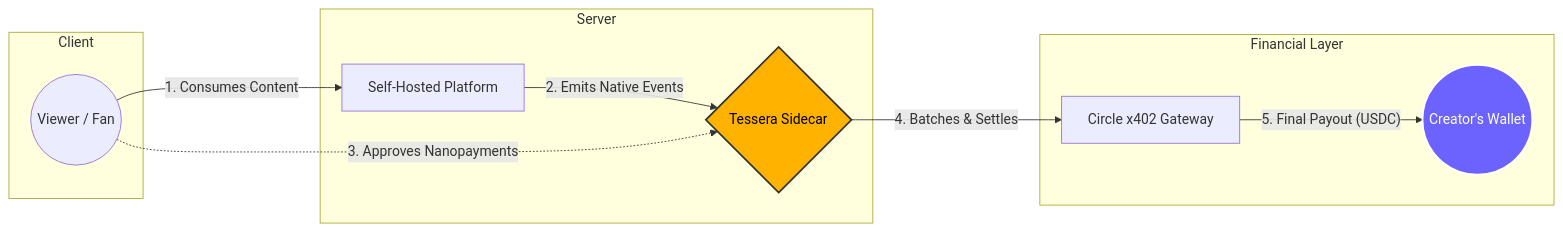
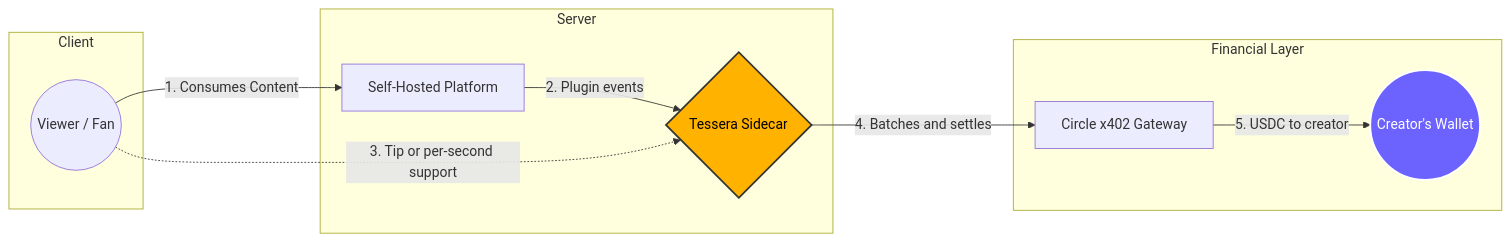
One commit to JaDi03/-Arc-Cashier changed the first of 2 diagrams in docs/index.md. Above: the diagram before and after it, drawn with Mermaid. The commit also changed other lines of this file and 38 other files, not shown here.

````diff
--- a/docs/index.md
+++ b/docs/index.md
@@ -49,25 +47,25 @@
 ```mermaid
 flowchart LR
     subgraph Client
         V((Viewer / Fan))
     end
 
     subgraph Server
         T{Tessera Sidecar}
         P[Self-Hosted Platform]
     end
 
     subgraph Financial Layer
         C[Circle x402 Gateway]
         W((Creator's Wallet))
     end
 
     V -- "1. Consumes Content" --> P
-    P -- "2. Emits Native Events" --> T
-    V -. "3. Approves Nanopayments" .-> T
-    T -- "4. Batches & Settles" --> C
-    C -- "5. Final Payout (USDC)" --> W
+    P -- "2. Plugin events" --> T
+    V -. "3. Tip or per-second support" .-> T
+    T -- "4. Batches and settles" --> C
+    C -- "5. USDC to creator" --> W
 
     style T fill:#ffb300,stroke:#333,stroke-width:2px,color:#000
     style W fill:#6C63FF,stroke:#fff,stroke-width:2px,color:#fff
 ```
````
